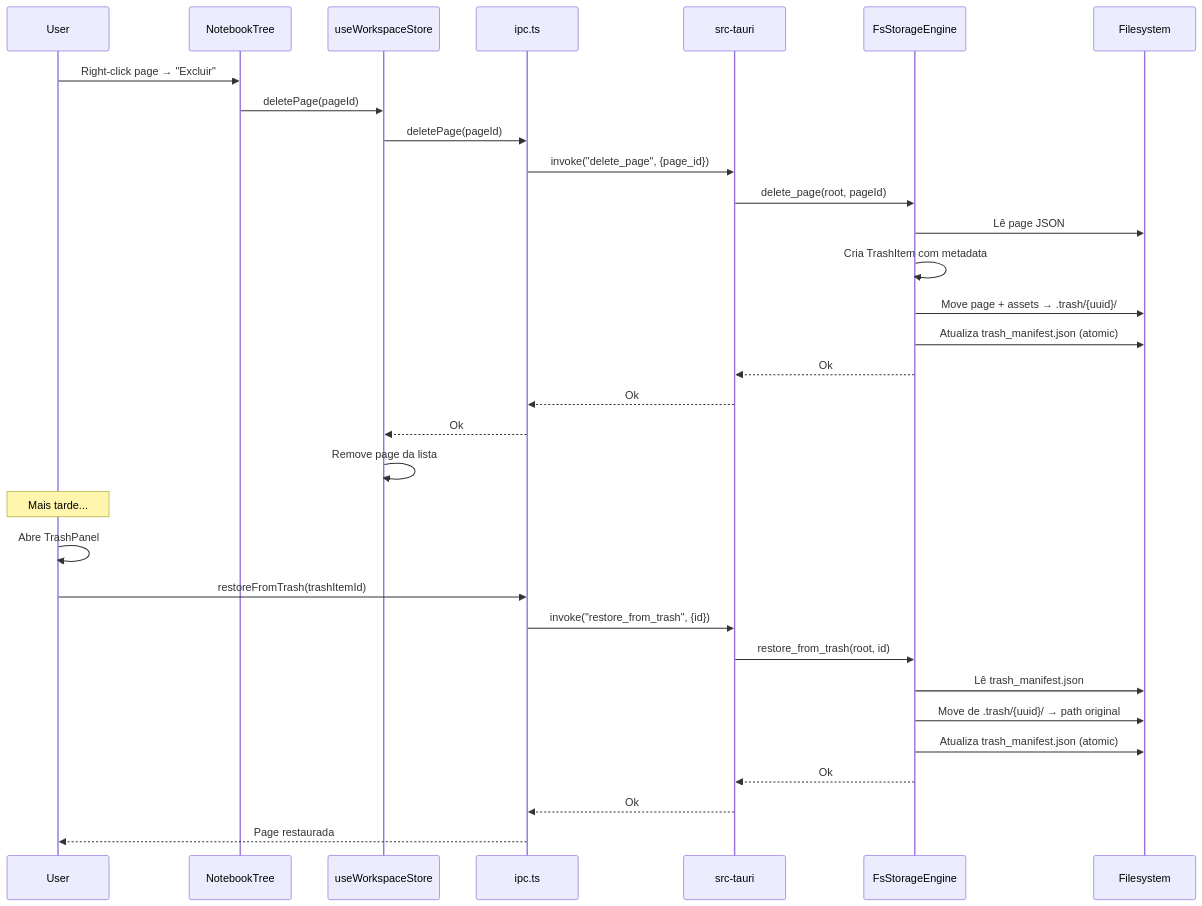
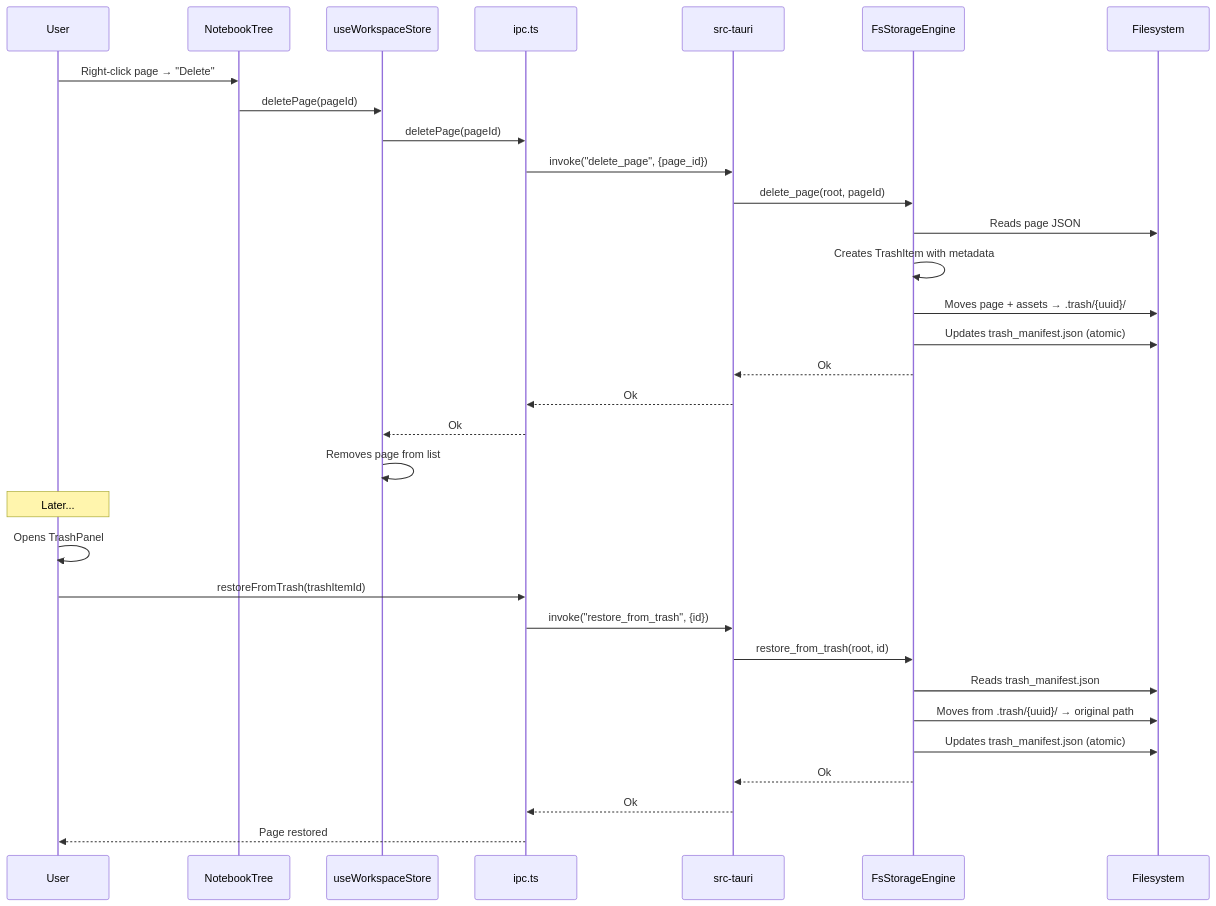
Before and after one commit to l3co/open-note: diagram 13 of 15 in docs/ARCHITECTURE.md, drawn with Mermaid. The commit also changed other lines of this file and 10 other files, not shown here.

First line of the commit message:
docs: translate ARCHITECTURE, USER_GUIDE, and all 9 ADRs to English

````diff
--- a/docs/ARCHITECTURE.md
+++ b/docs/ARCHITECTURE.md
@@ -602,39 +602,39 @@
 ```mermaid
 sequenceDiagram
     participant User
     participant Sidebar as NotebookTree
     participant Store as useWorkspaceStore
     participant IPC as ipc.ts
     participant Rust as src-tauri
     participant Storage as FsStorageEngine
     participant FS as Filesystem
 
-    User->>Sidebar: Right-click page → "Excluir"
+    User->>Sidebar: Right-click page → "Delete"
 
     Sidebar->>Store: deletePage(pageId)
     Store->>IPC: deletePage(pageId)
     IPC->>Rust: invoke("delete_page", {page_id})
 
     Rust->>Storage: delete_page(root, pageId)
-    Storage->>FS: Lê page JSON
-    Storage->>Storage: Cria TrashItem com metadata
-    Storage->>FS: Move page + assets → .trash/{uuid}/
-    Storage->>FS: Atualiza trash_manifest.json (atomic)
+    Storage->>FS: Reads page JSON
+    Storage->>Storage: Creates TrashItem with metadata
+    Storage->>FS: Moves page + assets → .trash/{uuid}/
+    Storage->>FS: Updates trash_manifest.json (atomic)
     Storage-->>Rust: Ok
     Rust-->>IPC: Ok
     IPC-->>Store: Ok
-    Store->>Store: Remove page da lista
+    Store->>Store: Removes page from list
 
-    Note over User: Mais tarde...
+    Note over User: Later...
 
-    User->>User: Abre TrashPanel
+    User->>User: Opens TrashPanel
     User->>IPC: restoreFromTrash(trashItemId)
     IPC->>Rust: invoke("restore_from_trash", {id})
     Rust->>Storage: restore_from_trash(root, id)
-    Storage->>FS: Lê trash_manifest.json
-    Storage->>FS: Move de .trash/{uuid}/ → path original
-    Storage->>FS: Atualiza trash_manifest.json (atomic)
+    Storage->>FS: Reads trash_manifest.json
+    Storage->>FS: Moves from .trash/{uuid}/ → original path
+    Storage->>FS: Updates trash_manifest.json (atomic)
     Storage-->>Rust: Ok
     Rust-->>IPC: Ok
-    IPC-->>User: Page restaurada
+    IPC-->>User: Page restored
 ```
````
